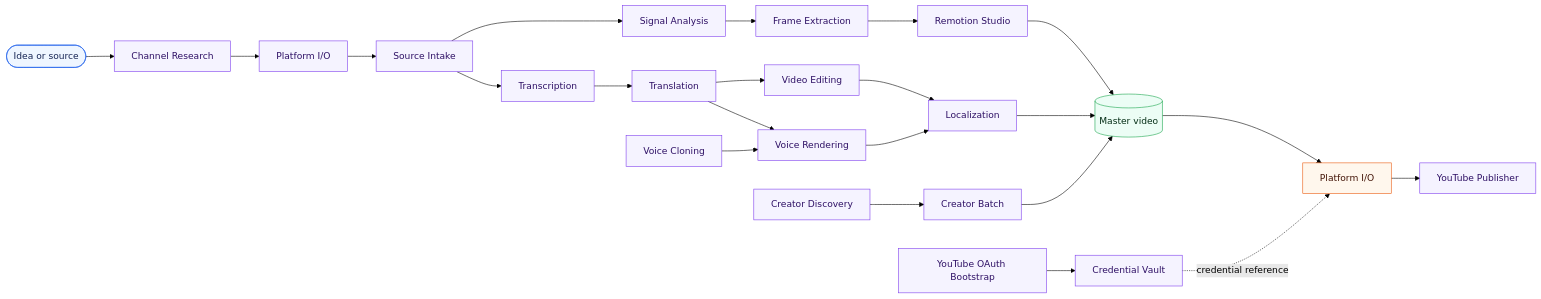
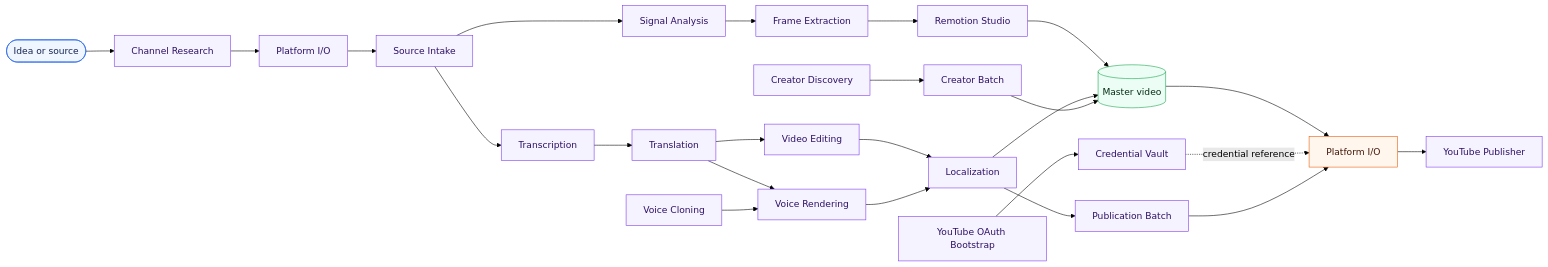
One commit to wohuishuo/cc-video-pipeline changed the first of 2 diagrams in README.md. Above: the diagram before and after it, drawn with Mermaid (forest theme). The commit also changed other lines of this file and 42 other files, not shown here.

First line of the commit message:
feat: add publication batch planning graph (#24)

````diff
--- a/README.md
+++ b/README.md
@@ -21,33 +21,35 @@
 ```mermaid
 flowchart LR
     idea([Idea or source]) --> research[Channel Research]
     research --> download[Platform I/O]
     download --> intake[Source Intake]
     intake --> transcribe[Transcription]
     transcribe --> translate[Translation]
     translate --> renderVoice[Voice Rendering]
     intake --> signals[Signal Analysis]
     signals --> frames[Frame Extraction]
     translate --> edit[Video Editing]
     frames --> studio[Remotion Studio]
     edit --> localize[Localization]
     voice[Voice Cloning] --> renderVoice
     renderVoice --> localize
     studio --> master[(Master video)]
     localize --> master
     master --> publish[Platform I/O]
     vault[Credential Vault] -. credential reference .-> publish
     publish --> youtubePublisher[YouTube Publisher]
     youtubeOAuth[YouTube OAuth Bootstrap] --> vault
     creatorDiscovery[Creator Discovery] --> creatorBatch[Creator Batch]
     creatorBatch --> master
+    localize --> publicationBatch[Publication Batch]
+    publicationBatch --> publish
 
     classDef source fill:#eff6ff,stroke:#2563eb,color:#172554;
     classDef app fill:#f5f3ff,stroke:#7c3aed,color:#2e1065;
     classDef artifact fill:#ecfdf5,stroke:#16a34a,color:#052e16;
     classDef external fill:#fff7ed,stroke:#ea580c,color:#431407;
     class idea source;
-    class research,download,intake,transcribe,translate,renderVoice,signals,frames,edit,studio,localize,voice,vault,youtubePublisher,youtubeOAuth,creatorDiscovery,creatorBatch app;
+    class research,download,intake,transcribe,translate,renderVoice,signals,frames,edit,studio,localize,voice,vault,youtubePublisher,youtubeOAuth,creatorDiscovery,creatorBatch,publicationBatch app;
     class master artifact;
     class publish external;
 ```
````
